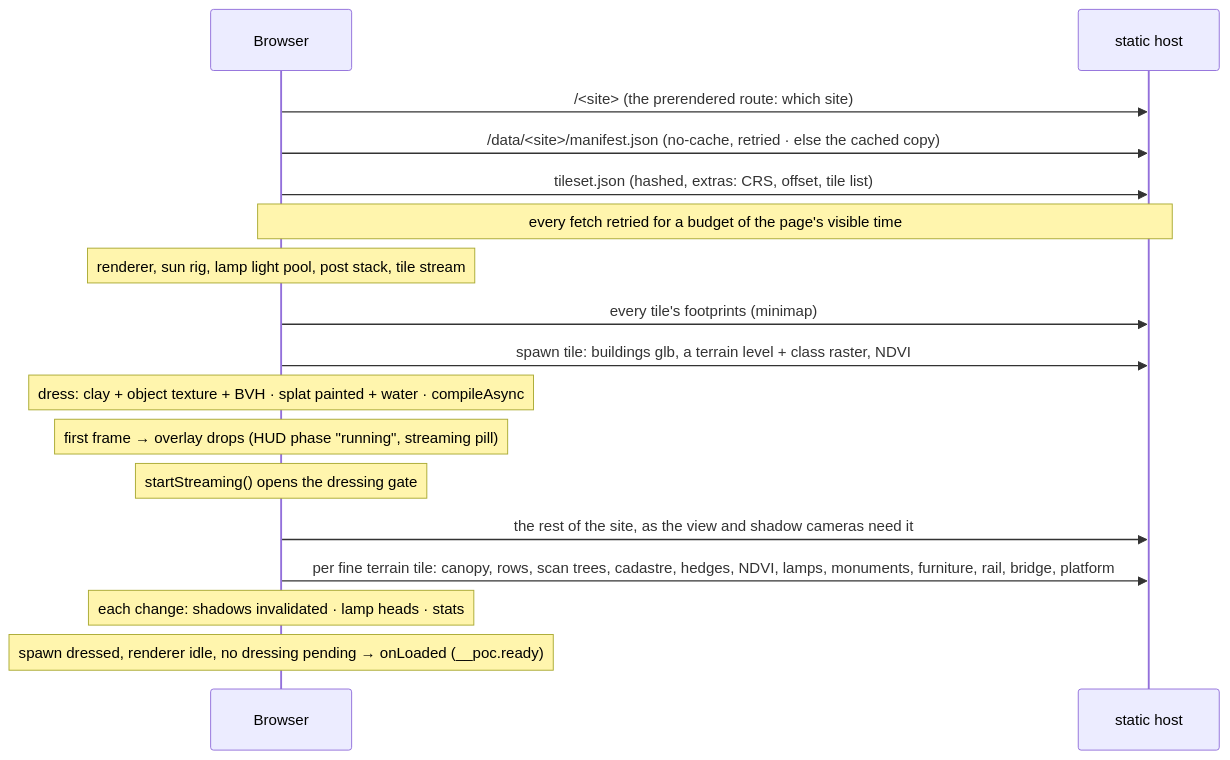
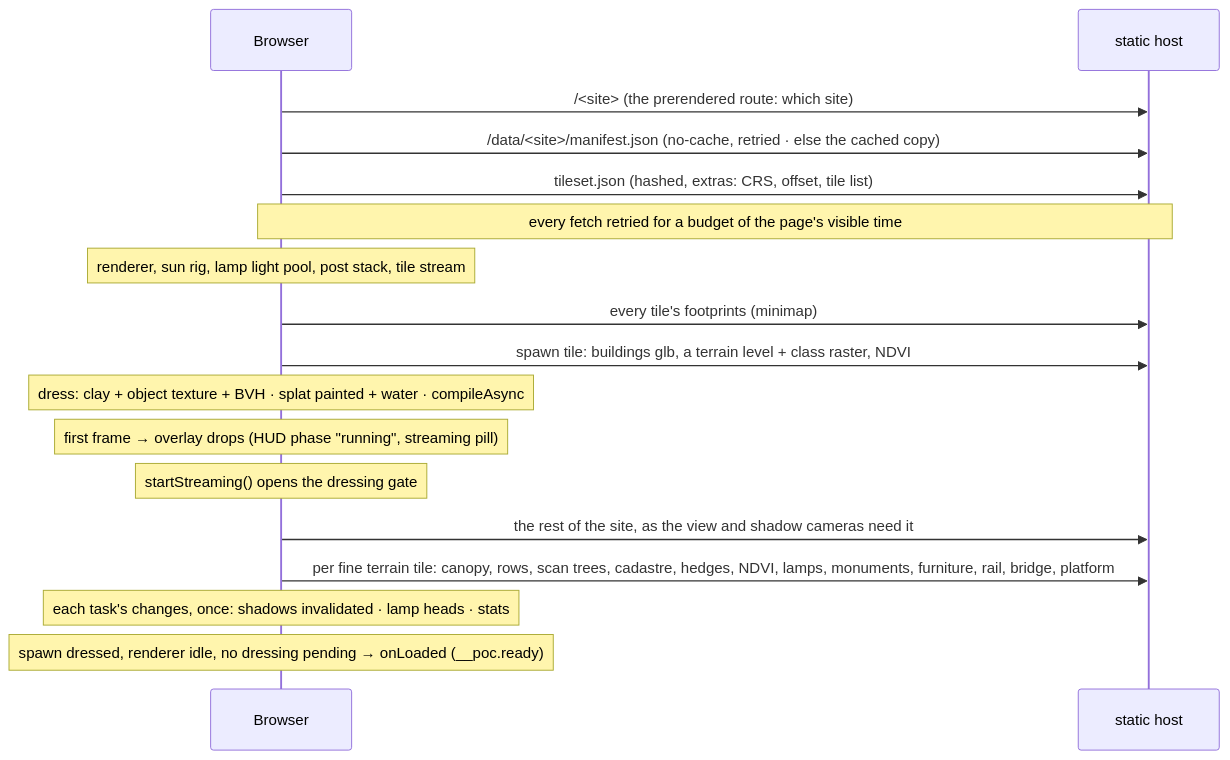
The second of 2 diagrams in docs/rendering.md (mdugue/bridge), drawn with Mermaid before and after one commit. The commit also changed other lines of this file and 2 other files, not shown here.

````diff
--- a/docs/rendering.md
+++ b/docs/rendering.md
@@ -915,19 +927,19 @@
 ```mermaid
 sequenceDiagram
   participant B as Browser
   participant S as static host
   B->>S: /<site> (the prerendered route: which site)
   B->>S: /data/<site>/manifest.json (no-cache, retried · else the cached copy)
   B->>S: tileset.json (hashed, extras: CRS, offset, tile list)
   Note over B,S: every fetch retried for a budget of the page's visible time
   Note over B: renderer, sun rig, lamp light pool, post stack, tile stream
   B->>S: every tile's footprints (minimap)
   B->>S: spawn tile: buildings glb, a terrain level + class raster, NDVI
   Note over B: dress: clay + object texture + BVH · splat painted + water · compileAsync
   Note over B: first frame → overlay drops (HUD phase "running", streaming pill)
   Note over B: startStreaming() opens the dressing gate
   B->>S: the rest of the site, as the view and shadow cameras need it
   B->>S: per fine terrain tile: canopy, rows, scan trees, cadastre, hedges, NDVI, lamps, monuments, furniture, rail, bridge, platform
-  Note over B: each change: shadows invalidated · lamp heads · stats
+  Note over B: each task's changes, once: shadows invalidated · lamp heads · stats
   Note over B: spawn dressed, renderer idle, no dressing pending → onLoaded (__poc.ready)
 ```
````
